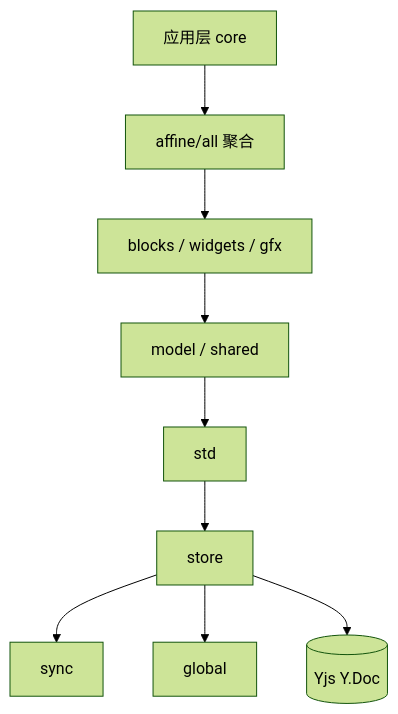
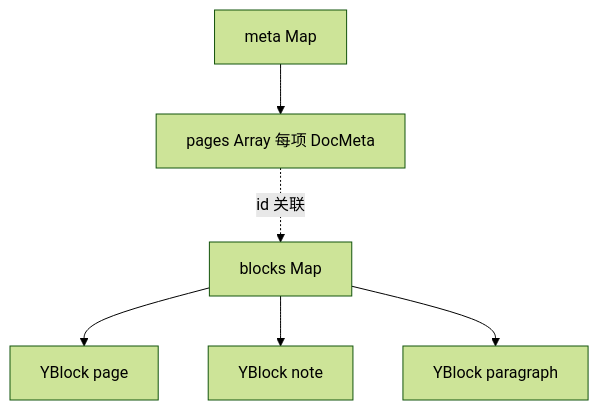
The fourth of 6 diagrams in learning-guide/slides/decks/12.md (lfire/AFFiNE), drawn with Mermaid (forest theme) before and after one commit. The commit also changed other lines of this file and 73 other files, not shown here.

````diff
--- a/learning-guide/slides/decks/12.md
+++ b/learning-guide/slides/decks/12.md
@@ -116,11 +326,8 @@
 ```mermaid
 flowchart TB
-  APP["应用层 core"] --> B0["affine/all 聚合"]
-  B0 --> B1["blocks / widgets / gfx"]
-  B1 --> B3["model / shared"]
-  B3 --> C1["std"]
-  C1 --> C2["store"]
-  C2 --> C3["sync"]
-  C2 --> C4["global"]
-  C2 --> Y[("Yjs Y.Doc")]
+  Meta["meta Map"] --> Pages["pages Array 每项 DocMeta"]
+  Blocks["blocks Map"] --> B1["YBlock page"]
+  Blocks --> B2["YBlock note"]
+  Blocks --> B3["YBlock paragraph"]
+  Pages -.id 关联.-> Blocks
 ```
````
